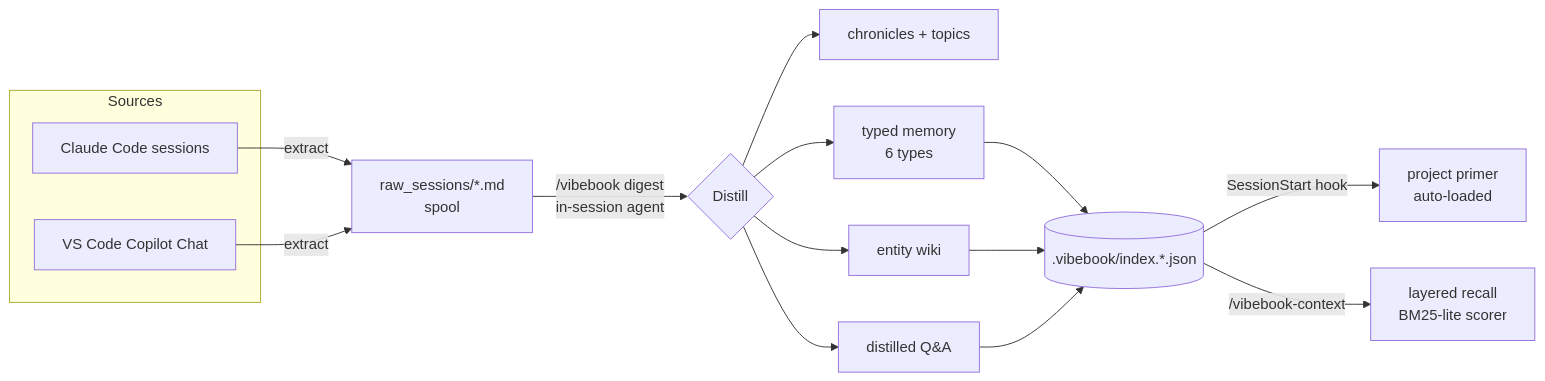
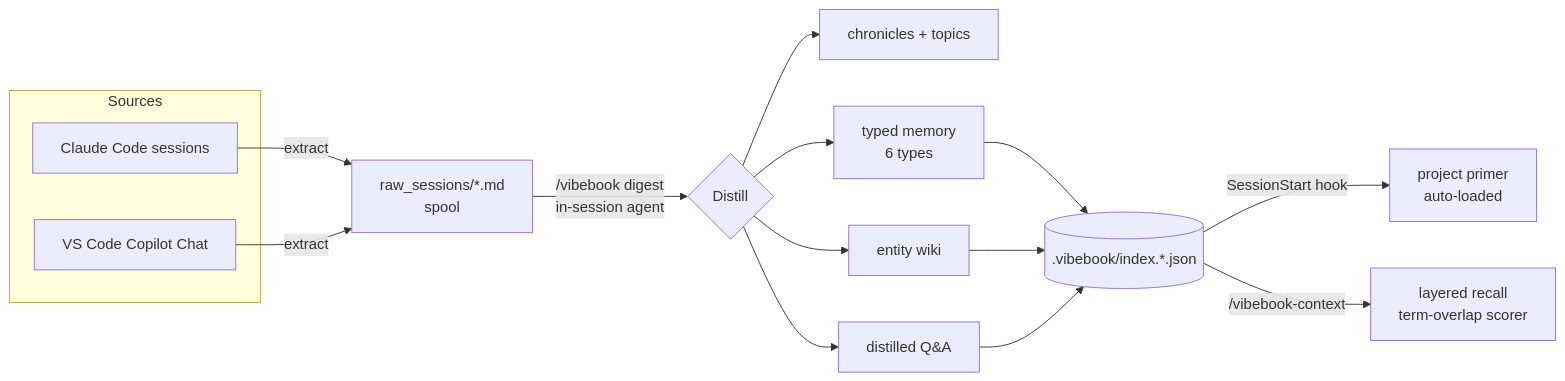
The first of 2 diagrams in README.md (june9593/memarium-plugin), drawn with Mermaid before and after one commit. The commit also changed other lines of this file and 6 other files, not shown here.

First line of the commit message:
docs(#17): rename 'BM25-lite' → term-overlap (honest naming, no scoring change) (v0.9.5)

````diff
--- a/README.md
+++ b/README.md
@@ -17,16 +17,16 @@
 ```mermaid
 flowchart LR
   subgraph Sources
     A[Claude Code sessions]
     B[VS Code Copilot Chat]
   end
   A & B -->|extract| SP[raw_sessions/*.md<br/>spool]
   SP -->|/vibebook digest<br/>in-session agent| D{Distill}
   D --> CH[chronicles + topics]
   D --> M[typed memory<br/>6 types]
   D --> E[entity wiki]
   D --> Q[distilled Q&A]
   M & E & Q --> IDX[(.vibebook/index.*.json)]
   IDX -->|SessionStart hook| P[project primer<br/>auto-loaded]
-  IDX -->|/vibebook-context| R[layered recall<br/>BM25-lite scorer]
+  IDX -->|/vibebook-context| R[layered recall<br/>term-overlap scorer]
 ```
````
